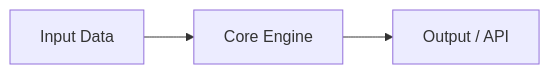
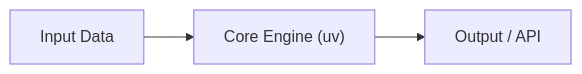
Before and after one commit to Waxguillermo/agy-clean-craft: the diagram in skills/readme-craft/SKILL.md, drawn with Mermaid. The commit also changed other lines of this file and 7 other files, not shown here.

````diff
--- a/skills/readme-craft/SKILL.md
+++ b/skills/readme-craft/SKILL.md
@@ -47,5 +51,5 @@
-  ```mermaid
-  flowchart LR
-      A["Input Data"] --> B["Core Engine"]
-      B --> C["Output / API"]
-  ```
+```mermaid
+flowchart LR
+    A["Input Data"] --> B["Core Engine (uv)"]
+    B --> C["Output / API"]
+```
````
